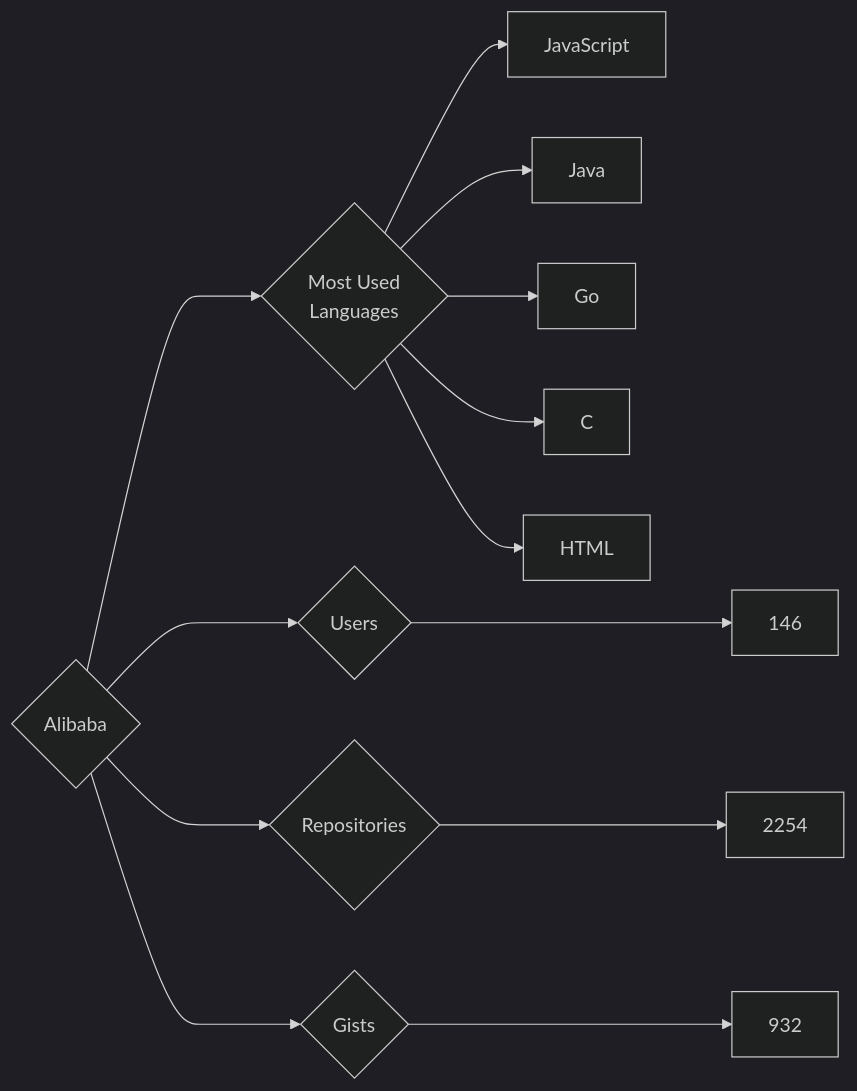
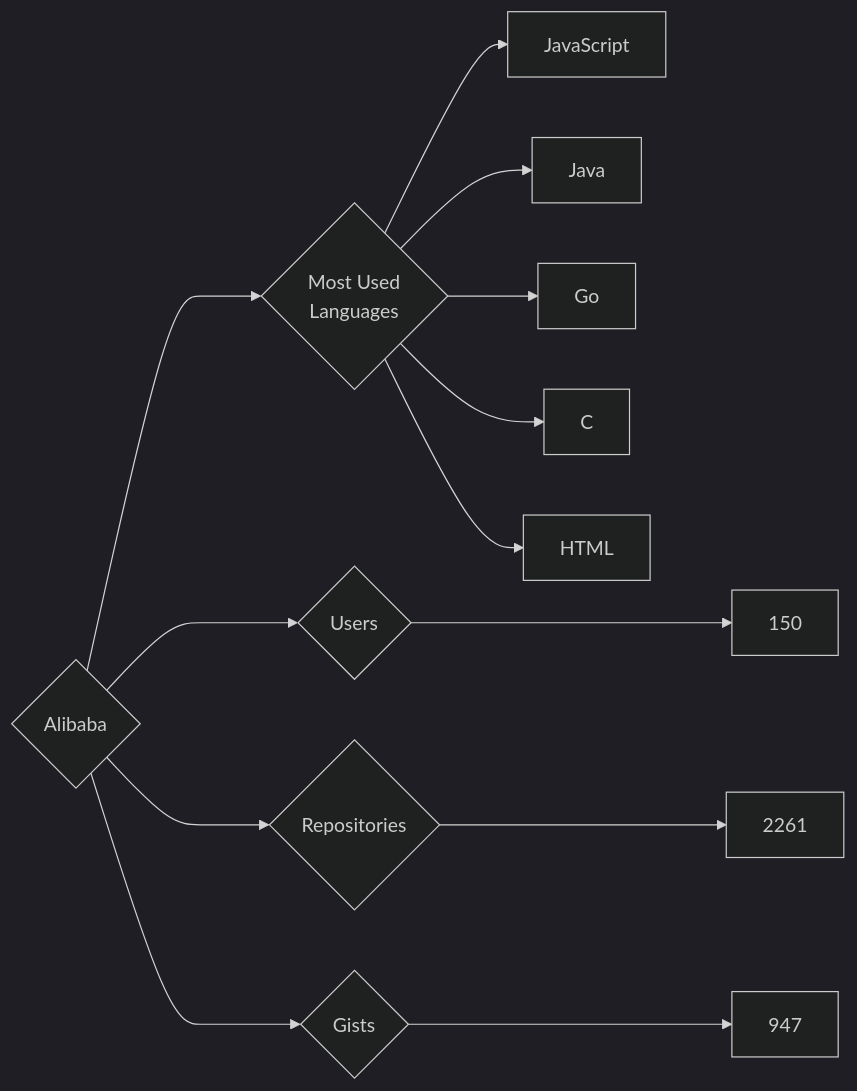
The diagram in targets/Alibaba/README.md (trickest/insiders), drawn with Mermaid (dark theme) before and after one commit. The commit also changed 837 other files, not shown here.

````diff
--- a/targets/Alibaba/README.md
+++ b/targets/Alibaba/README.md
@@ -3,13 +3,13 @@
 ```mermaid
 graph LR
 COMPANY_NAME{Alibaba}
-COMPANY_NAME ---> U{Users} ---> UN[146]
-COMPANY_NAME ---> R{Repositories} ---> RN[2254]
-COMPANY_NAME ---> G{Gists} ---> GN[932]
+COMPANY_NAME ---> U{Users} ---> UN[150]
+COMPANY_NAME ---> R{Repositories} ---> RN[2261]
+COMPANY_NAME ---> G{Gists} ---> GN[947]
 COMPANY_NAME ---> ML{Most Used<br>Languages}
 ML --> JavaScript[JavaScript]
 ML --> Java[Java]
 ML --> Go[Go]
 ML --> C[C]
 ML --> HTML[HTML]
 ```
````
